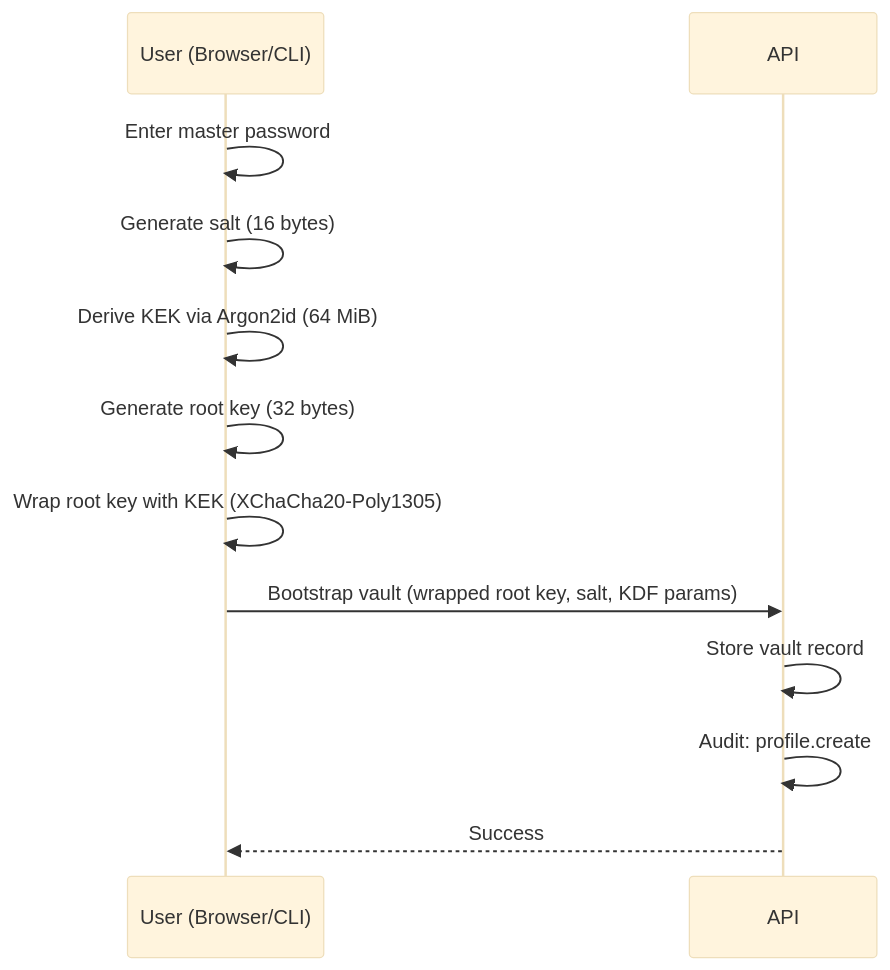
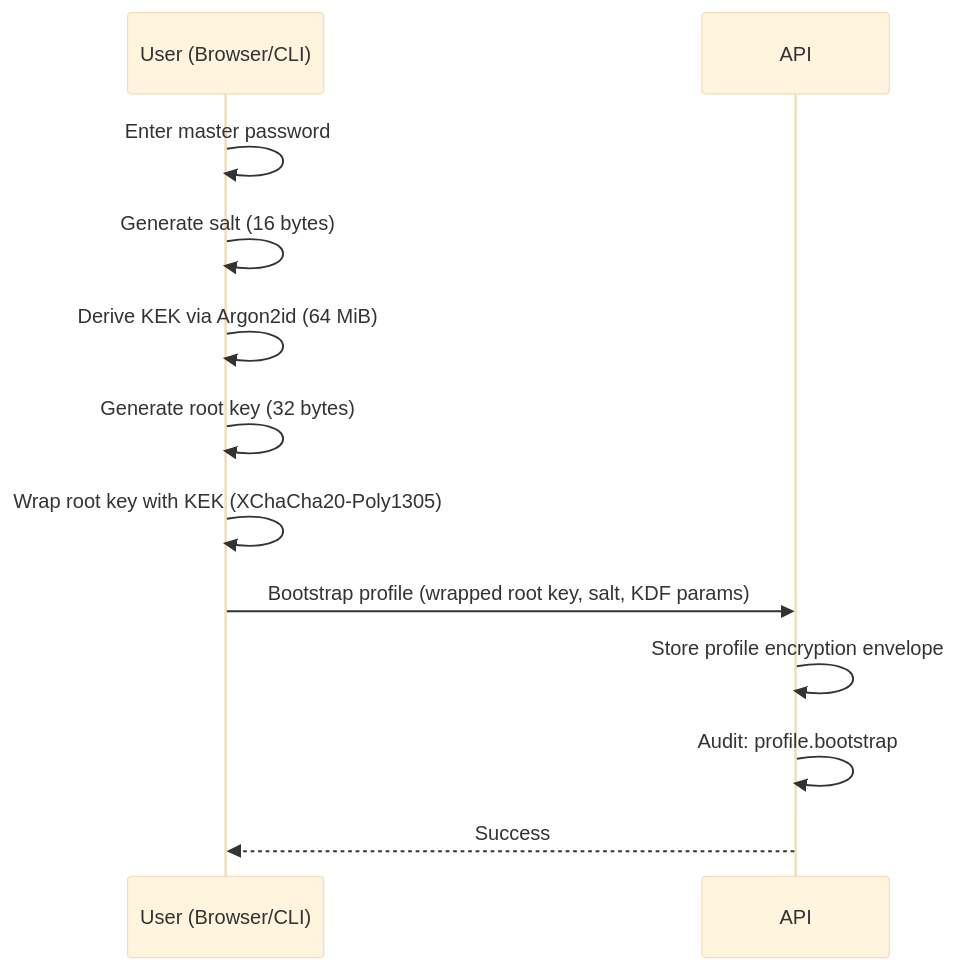
One commit to punitarani/abadge changed the eighth of 20 diagrams in docs/flow.md. Above: the diagram before and after it, drawn with Mermaid (base theme). The commit also changed other lines of this file and 217 other files, not shown here.

````diff
--- a/docs/flow.md
+++ b/docs/flow.md
@@ -182,15 +182,15 @@
 ```mermaid
 sequenceDiagram
   participant User as User (Browser/CLI)
   participant API as API
 
   User->>User: Enter master password
   User->>User: Generate salt (16 bytes)
   User->>User: Derive KEK via Argon2id (64 MiB)
   User->>User: Generate root key (32 bytes)
   User->>User: Wrap root key with KEK (XChaCha20-Poly1305)
-  User->>API: Bootstrap vault (wrapped root key, salt, KDF params)
-  API->>API: Store vault record
-  API->>API: Audit: profile.create
+  User->>API: Bootstrap profile (wrapped root key, salt, KDF params)
+  API->>API: Store profile encryption envelope
+  API->>API: Audit: profile.bootstrap
   API-->>User: Success
 ```
````
